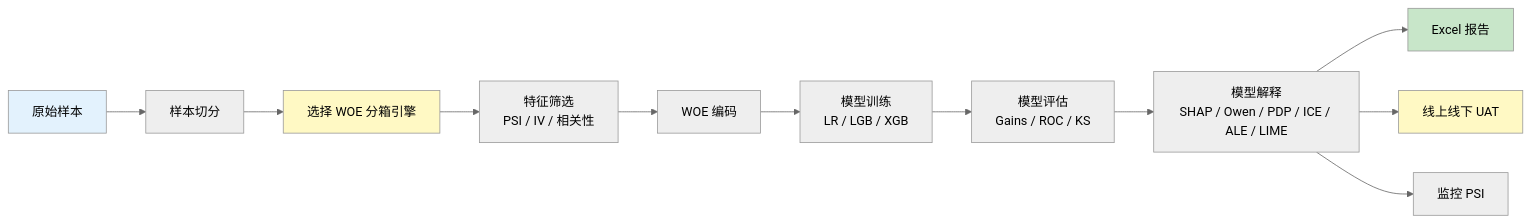
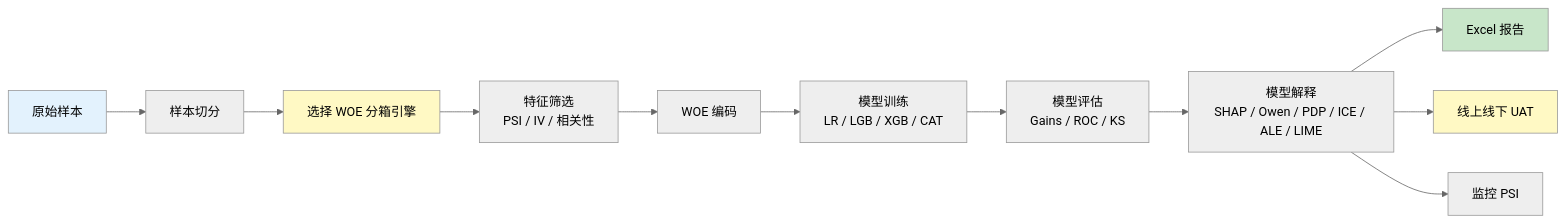
Before and after one commit to Kyle-J-Sun/SuperModelingFactory_doc: the diagram in docs/pipeline.md, drawn with Mermaid (neutral theme). The commit also changed 2 other files, not shown here.

Commit message:
docs: add CatBoost to GBM guide and pipeline
Document CatBoost usage in the model guide, pipeline overview, and quickstart.

````diff
--- a/docs/pipeline.md
+++ b/docs/pipeline.md
@@ -7,18 +7,18 @@
 ```mermaid
 flowchart LR
     A[原始样本] --> B[样本切分]
     B --> C[选择 WOE 分箱引擎]
     C --> D[特征筛选<br/>PSI / IV / 相关性]
     D --> E[WOE 编码]
-    E --> F[模型训练<br/>LR / LGB / XGB]
+    E --> F[模型训练<br/>LR / LGB / XGB / CAT]
     F --> G[模型评估<br/>Gains / ROC / KS]
     G --> H[模型解释<br/>SHAP / Owen / PDP / ICE / ALE / LIME]
     H --> I[Excel 报告]
     H --> J[线上线下 UAT]
     H --> K[监控 PSI]
 
     style A fill:#e3f2fd
     style C fill:#fff9c4
     style I fill:#c8e6c9
     style J fill:#fff9c4
 ```
````
